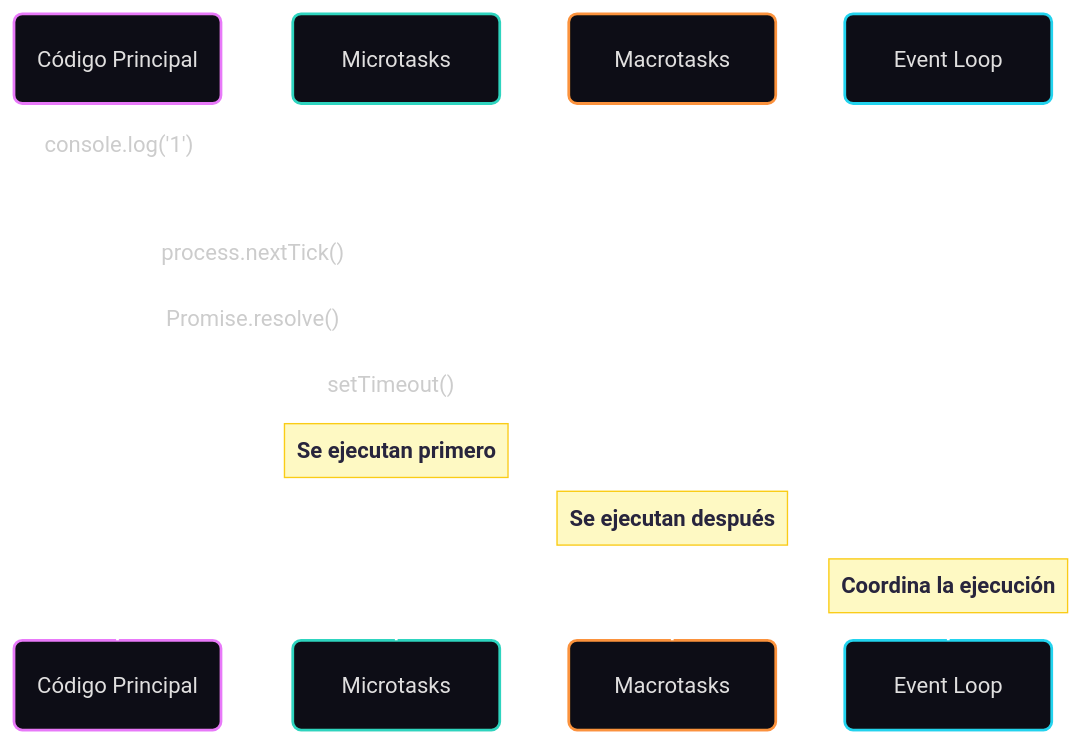
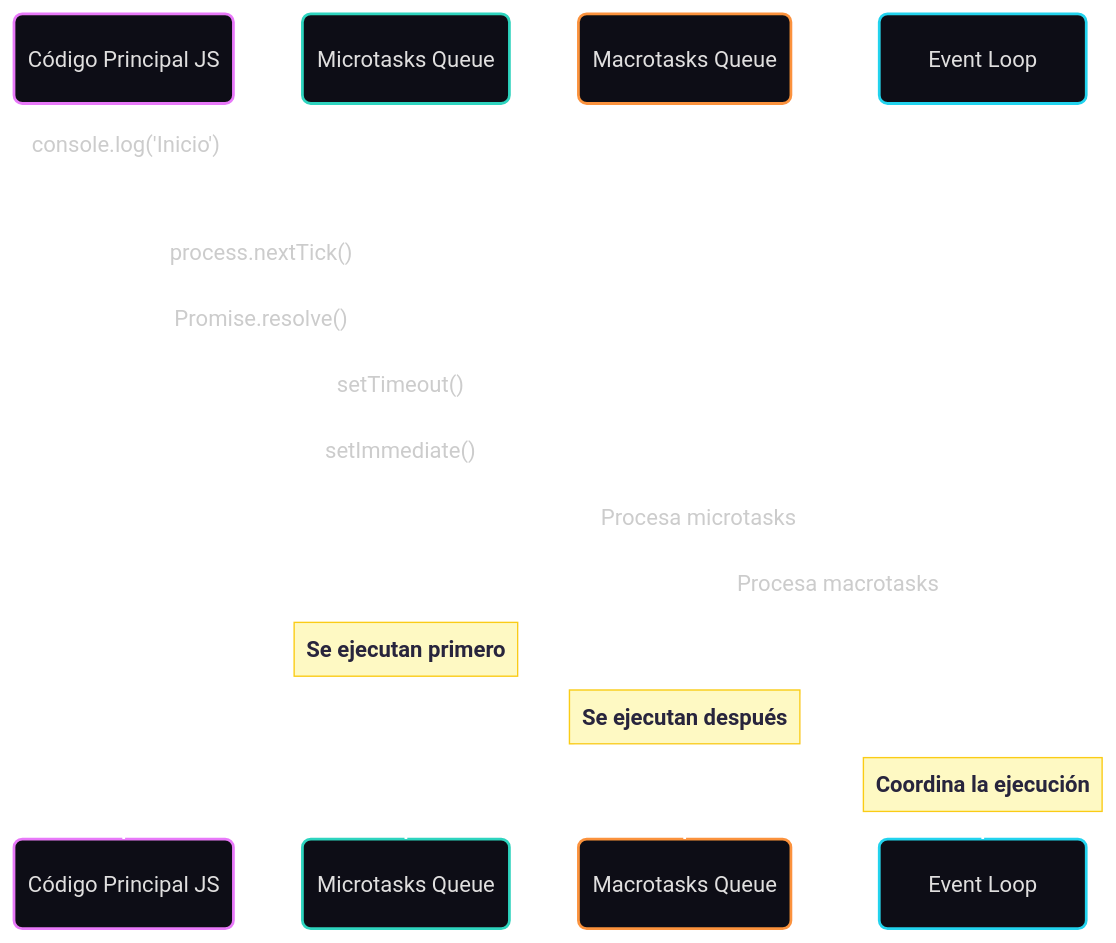
One commit to leandroecabello/programming-concepts changed the diagram in node/event-loop/README.md. Above: the diagram before and after it, drawn with Mermaid. The commit also changed other lines of this file, not shown here.

Commit message:
Enhance README for Node.js Event Loop with detailed explanations, visual diagrams, and practical examples. Improve clarity on task execution order and importance of understanding the Event Loop.

````diff
--- a/node/event-loop/README.md
+++ b/node/event-loop/README.md
@@ -28,21 +38,25 @@
 ```mermaid
 ---
 config:
   theme: redux-dark-color
   look: neo
 ---
 sequenceDiagram
-    participant Main as Código Principal
-    participant Micro as Microtasks
-    participant Macro as Macrotasks
+    participant Main as Código Principal JS
+    participant Micro as Microtasks Queue
+    participant Macro as Macrotasks Queue
     participant EventLoop as Event Loop
 
-    Main->>Main: console.log('1')
+    Main->>Main: console.log('Inicio')
     Main->>Micro: process.nextTick()
     Main->>Micro: Promise.resolve()
     Main->>Macro: setTimeout()
+    Main->>Macro: setImmediate()
     
+    EventLoop->>Micro: Procesa microtasks
+    EventLoop->>Macro: Procesa macrotasks
+
     Note over Micro: Se ejecutan primero
     Note over Macro: Se ejecutan después
     Note over EventLoop: Coordina la ejecución
 ```
````
